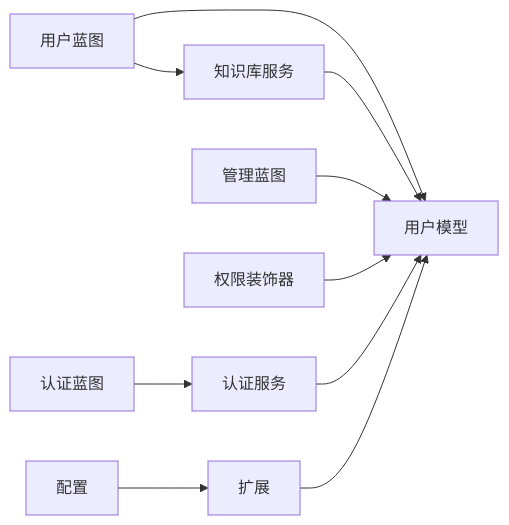
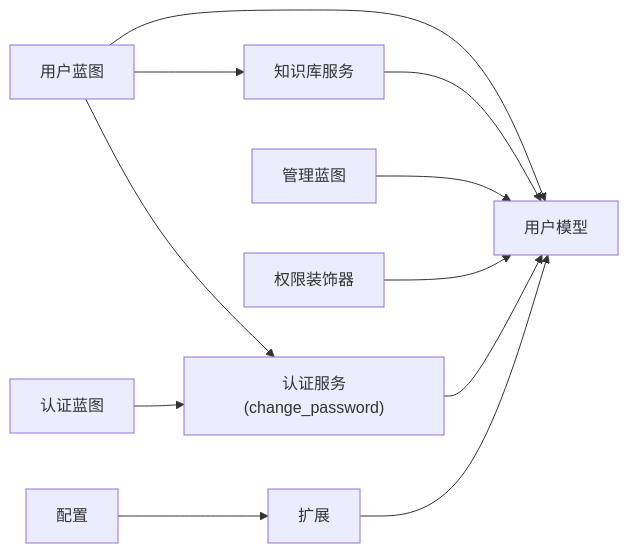
Before and after one commit to beyondalbert/my_wiki: the ninth of 9 diagrams in .qoder/repowiki/zh/content/核心模块/用户系统模块/用户资料管理.md, drawn with Mermaid. The commit also changed other lines of this file and 12 other files, not shown here.

````diff
--- a/.qoder/repowiki/zh/content/核心模块/用户系统模块/用户资料管理.md
+++ b/.qoder/repowiki/zh/content/核心模块/用户系统模块/用户资料管理.md
@@ -333,12 +388,13 @@
 ```mermaid
 graph LR
 UBP["用户蓝图"] --> UM["用户模型"]
 UBP --> KBS["知识库服务"]
-ABP["认证蓝图"] --> AS["认证服务"]
+UBP --> AS["认证服务(change_password)"]
+ABP["认证蓝图"] --> AS
 ADM["管理蓝图"] --> UM
 DEC["权限装饰器"] --> UM
 AS --> UM
 KBS --> UM
 EXT["扩展"] --> UM
 CFG["配置"] --> EXT
 ```
````
